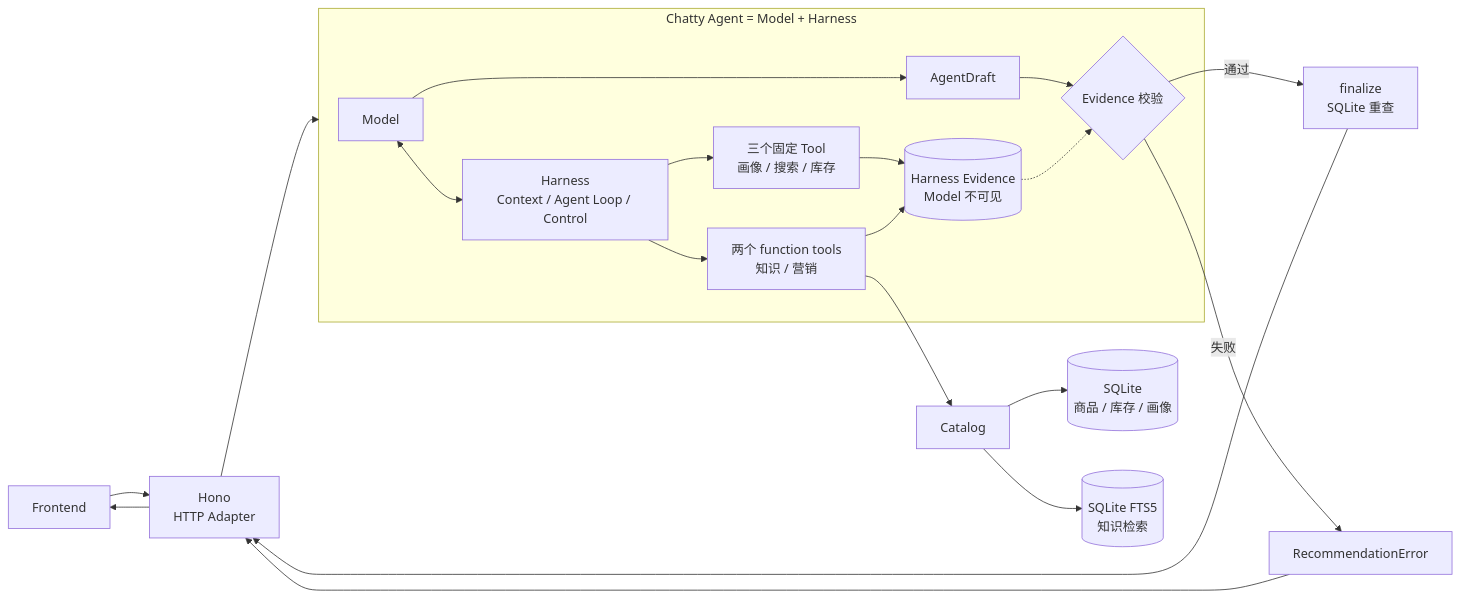
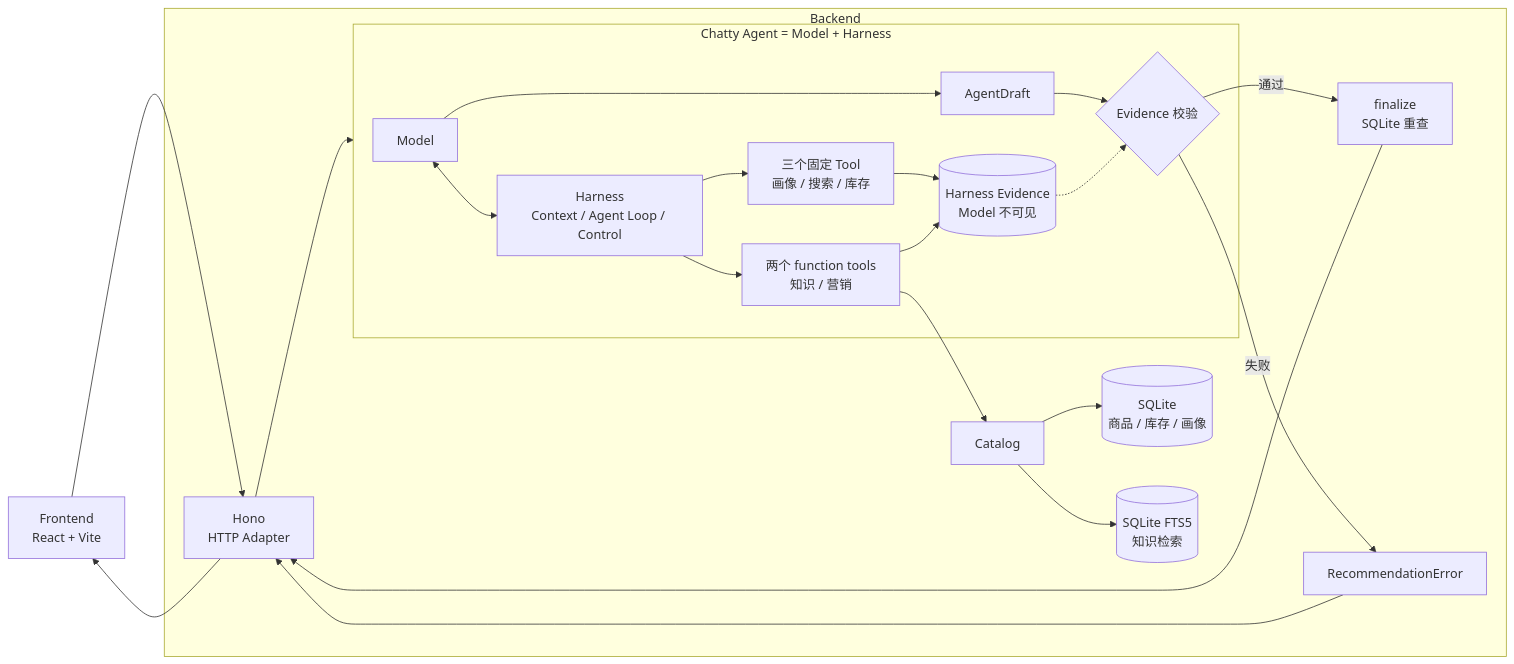
Before and after one commit to ImWenyaoT/chatty: the diagram in docs/chatty-book/chapter1.md, drawn with Mermaid. The commit also changed other lines of this file and 6 other files, not shown here.

First line of the commit message:
[chatty] Clarify frontend and backend documentation boundary (#66)

````diff
--- a/docs/chatty-book/chapter1.md
+++ b/docs/chatty-book/chapter1.md
@@ -17,23 +17,25 @@
 ```mermaid
 flowchart LR
-    UI["Frontend"] --> API["Hono<br/>HTTP Adapter"]
-    API --> A
-    subgraph A["Chatty Agent = Model + Harness"]
-        M["Model"] <--> H["Harness<br/>Context / Agent Loop / Control"]
-        H --> F["三个固定 Tool<br/>画像 / 搜索 / 库存"]
-        H --> T["两个 function tools<br/>知识 / 营销"]
-        F --> E
-        T --> E[("Harness Evidence<br/>Model 不可见")]
-        M --> D["AgentDraft"]
-        D --> V{"Evidence 校验"}
-        E -.-> V
+    UI["Frontend<br/>React + Vite"] --> API
+    subgraph Backend["Backend"]
+        API["Hono<br/>HTTP Adapter"] --> A
+        subgraph A["Chatty Agent = Model + Harness"]
+            M["Model"] <--> H["Harness<br/>Context / Agent Loop / Control"]
+            H --> F["三个固定 Tool<br/>画像 / 搜索 / 库存"]
+            H --> T["两个 function tools<br/>知识 / 营销"]
+            F --> E
+            T --> E[("Harness Evidence<br/>Model 不可见")]
+            M --> D["AgentDraft"]
+            D --> V{"Evidence 校验"}
+            E -.-> V
+        end
+        T --> CAT["Catalog"]
+        CAT --> DB[("SQLite<br/>商品 / 库存 / 画像")]
+        CAT --> FTS[("SQLite FTS5<br/>知识检索")]
+        V -->|"通过"| FIN["finalize<br/>SQLite 重查"]
+        V -->|"失败"| ERR["RecommendationError"]
+        FIN --> API
+        ERR --> API
     end
-    T --> CAT["Catalog"]
-    CAT --> DB[("SQLite<br/>商品 / 库存 / 画像")]
-    CAT --> FTS[("SQLite FTS5<br/>知识检索")]
-    V -->|"通过"| FIN["finalize<br/>SQLite 重查"]
-    V -->|"失败"| ERR["RecommendationError"]
-    FIN --> API
-    ERR --> API
     API --> UI
 ```
````
